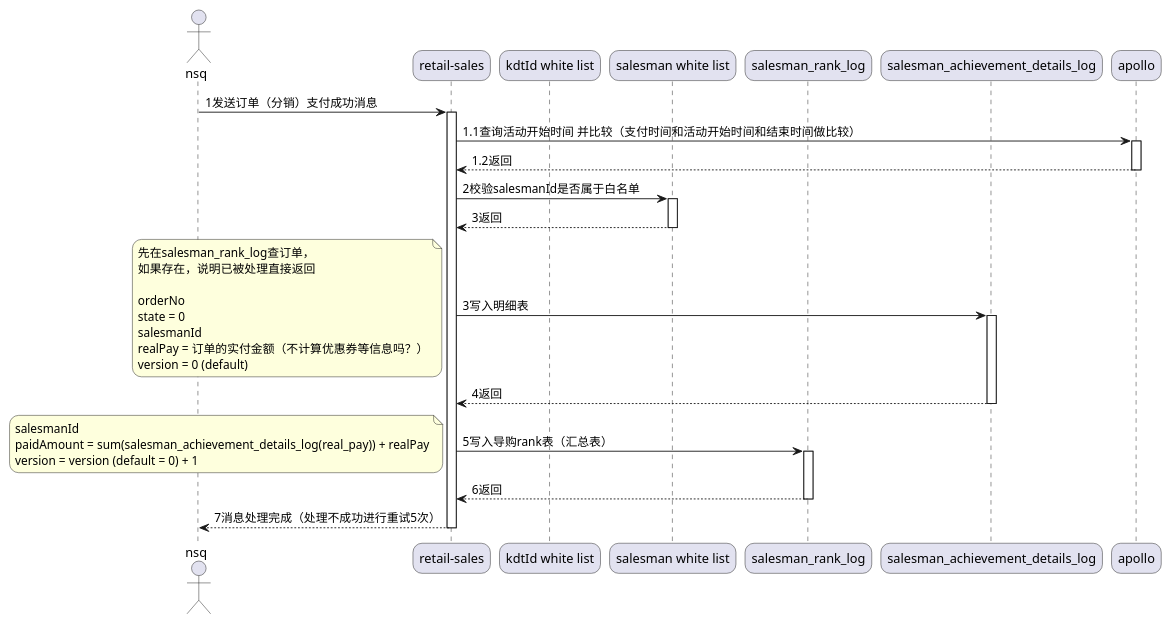
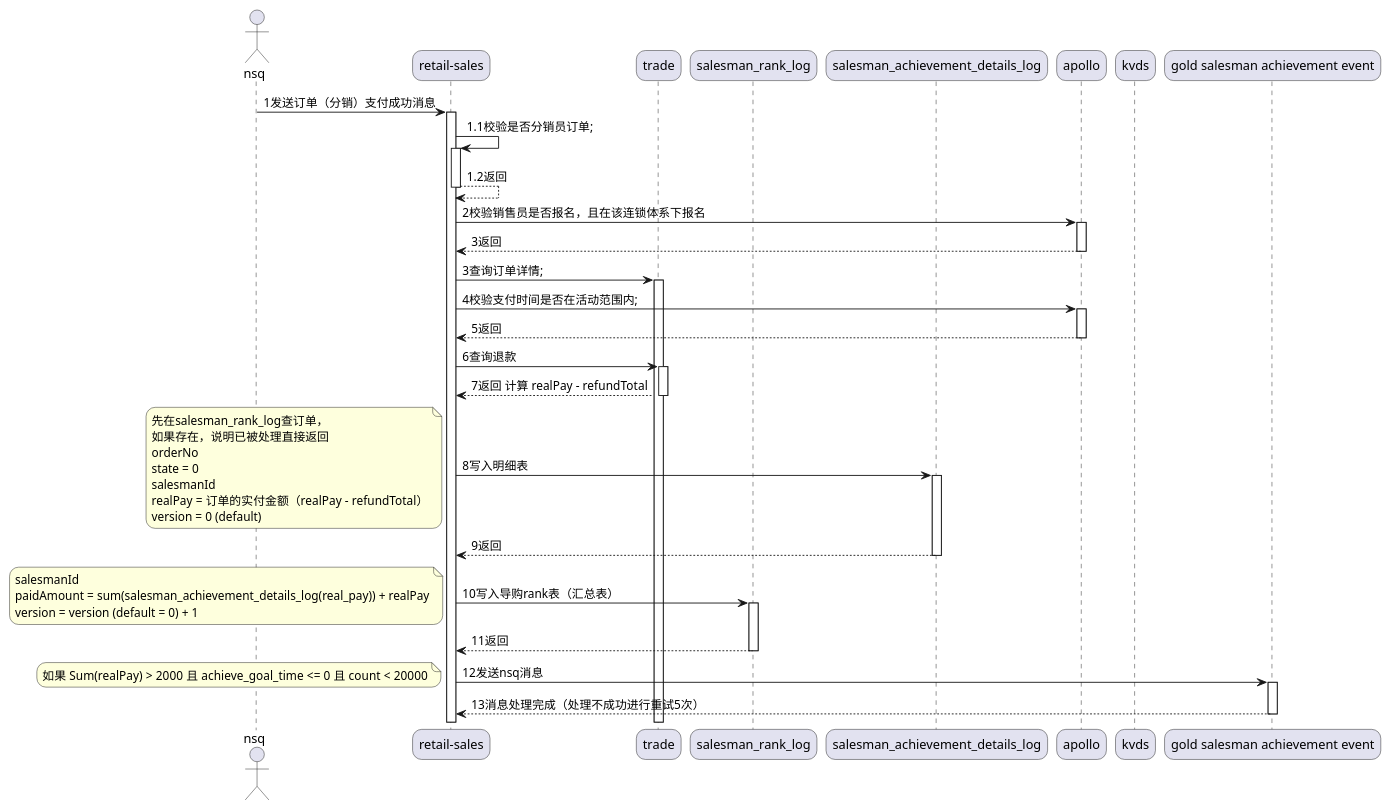
The diagram in target/classes/plants/金牌导购/接收订单支付成功消息.puml (xauvlove/todo), drawn with PlantUML before and after one commit. The commit also changed 70 other files, not shown here.

```diff
--- a/target/classes/plants/金牌导购/接收订单支付成功消息.puml
+++ b/target/classes/plants/金牌导购/接收订单支付成功消息.puml
@@ -1,57 +1,72 @@
 @startuml
 skinparam sequenceArrowThickness 1
 skinparam roundcorner 20
 skinparam maxmessagesize 500
 /'skinparam sequenceParticipant underline'/
 
 actor nsq as nsq
 
 participant "retail-sales" as sales
-participant "kdtId white list" as list
-participant "salesman white list" as list2
+participant "trade" as trade
 
 participant "salesman_rank_log" as t1
 participant "salesman_achievement_details_log" as t2
 participant "apollo" as apollo
 
+participant "kvds" as kv
+
+participant "gold salesman achievement event" as event
+
 nsq -> sales : 1发送订单（分销）支付成功消息
 activate sales
 
-/'sales -> sales : 1.1加分布式锁
+sales -> sales : 1.1校验是否分销员订单;
 activate sales
-return'/
-
-sales -> apollo : 1.1查询活动开始时间 并比较（支付时间和活动开始时间和结束时间做比较）
-activate apollo
 return 1.2返回
 
-sales -> list2 : 2校验salesmanId是否属于白名单
-activate list2
+sales -> apollo : 2校验销售员是否报名，且在该连锁体系下报名
+activate apollo
 return 3返回
 
-sales -> t2 : 3写入明细表
+sales -> trade :3查询订单详情;
+activate trade
+
+sales -> apollo : 4校验支付时间是否在活动范围内;
+activate apollo
+return 5返回
+
+sales -> trade : 6查询退款
+activate trade
+return 7返回 计算 realPay - refundTotal
+
+sales -> t2 : 8写入明细表
 note left
     先在salesman_rank_log查订单，
     如果存在，说明已被处理直接返回
-
     orderNo
     state = 0
     salesmanId
-    realPay = 订单的实付金额（不计算优惠券等信息吗？）
+    realPay = 订单的实付金额（realPay - refundTotal）
     version = 0 (default)
 end note
 activate t2
-return 4返回
+return 9返回
 
-sales -> t1 : 5写入导购rank表（汇总表）
+sales -> t1 : 10写入导购rank表（汇总表）
 note left
     salesmanId
     paidAmount = sum(salesman_achievement_details_log(real_pay)) + realPay
     version = version (default = 0) + 1
 end note
 activate t1
-return 6返回
+return 11返回
 
-return 7消息处理完成（处理不成功进行重试5次）
+sales -> event : 12发送nsq消息
+note left
+    如果 Sum(realPay) > 2000 且 achieve_goal_time <= 0  且 count < 20000
+end note
+activate event
+
+return 13消息处理完成（处理不成功进行重试5次）
 
 @enduml
```
